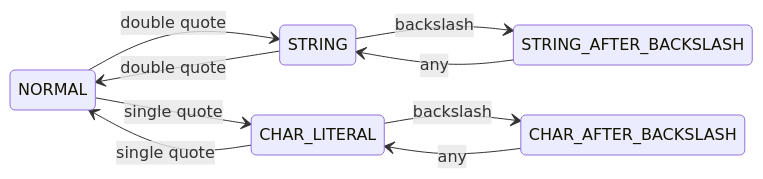
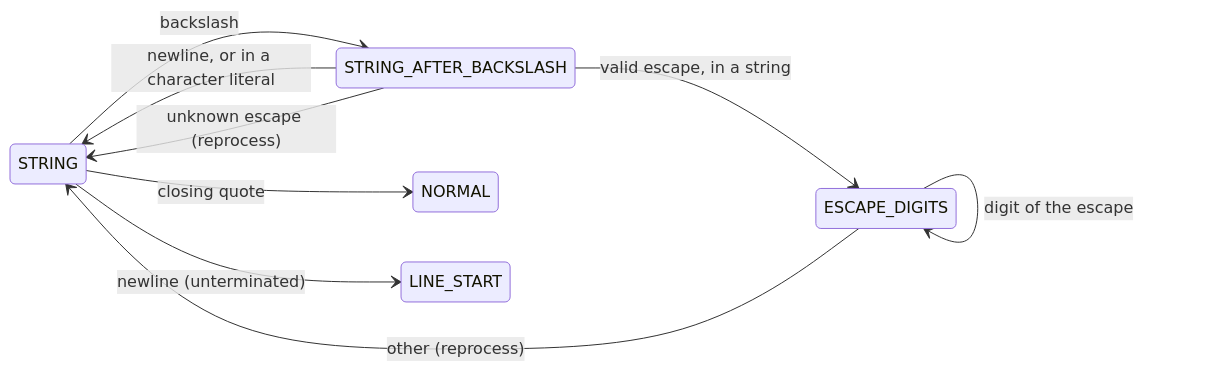
Before and after one commit to castlelli/mac0122: the seventh of 8 diagrams in README.md, drawn with Mermaid. The commit also changed other lines of this file and 2 other files, not shown here.

````diff
--- a/README.md
+++ b/README.md
@@ -250,12 +302,12 @@
 ```mermaid
 stateDiagram-v2
     direction LR
-    NORMAL --> STRING : double quote
     STRING --> STRING_AFTER_BACKSLASH : backslash
-    STRING_AFTER_BACKSLASH --> STRING : any
-    STRING --> NORMAL : double quote
-    NORMAL --> CHAR_LITERAL : single quote
-    CHAR_LITERAL --> CHAR_AFTER_BACKSLASH : backslash
-    CHAR_AFTER_BACKSLASH --> CHAR_LITERAL : any
-    CHAR_LITERAL --> NORMAL : single quote
+    STRING --> NORMAL : closing quote
+    STRING --> LINE_START : newline (unterminated)
+    STRING_AFTER_BACKSLASH --> ESCAPE_DIGITS : valid escape, in a string
+    STRING_AFTER_BACKSLASH --> STRING : newline, or in a character literal
+    STRING_AFTER_BACKSLASH --> STRING : unknown escape (reprocess)
+    ESCAPE_DIGITS --> ESCAPE_DIGITS : digit of the escape
+    ESCAPE_DIGITS --> STRING : other (reprocess)
 ```
````
